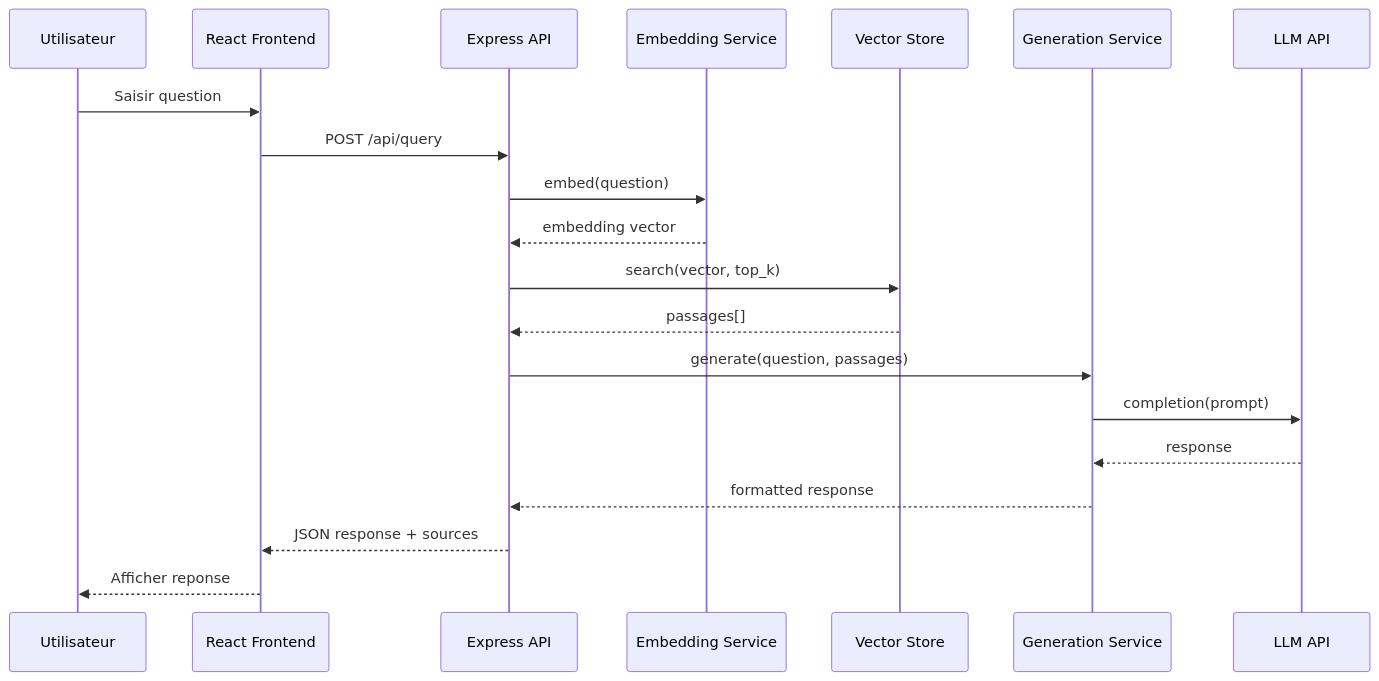
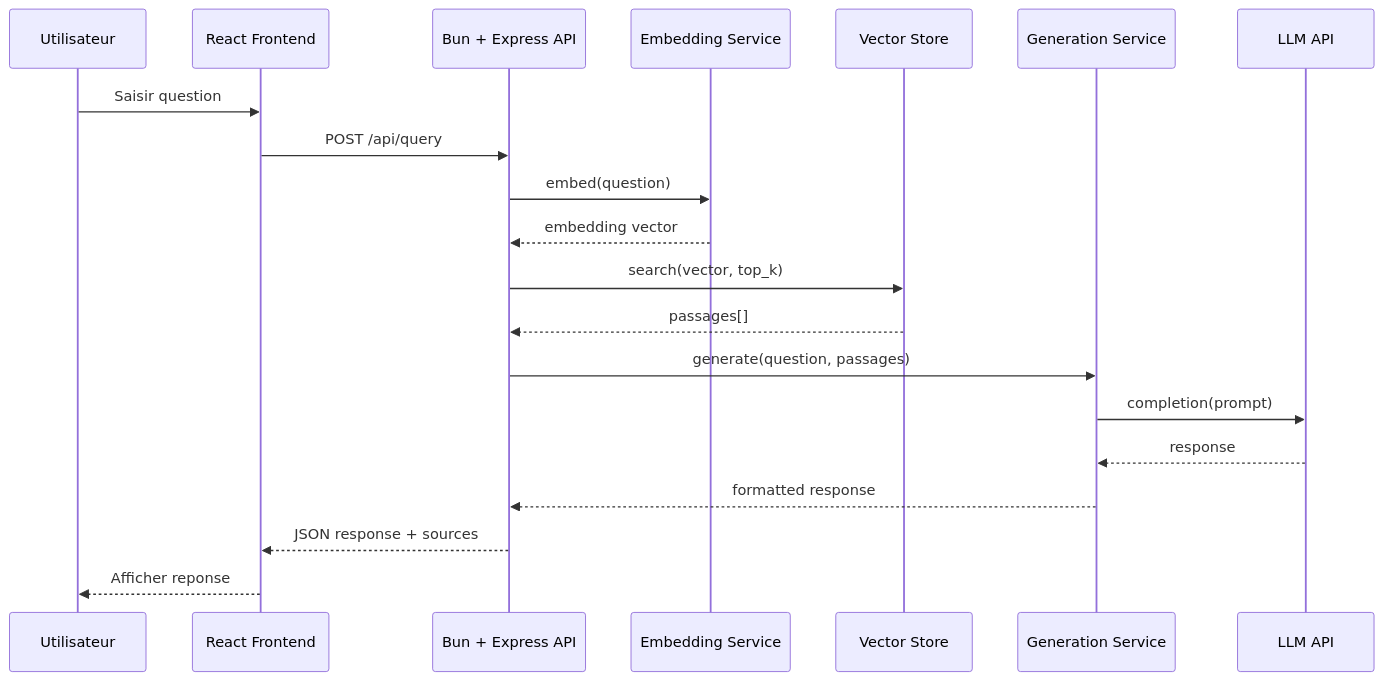
One commit to jlg-formation/gia-janv-2026 changed the second of 2 diagrams in docs/04-decisions-architectures.md. Above: the diagram before and after it, drawn with Mermaid. The commit also changed other lines of this file and 6 other files, not shown here.

````diff
--- a/docs/04-decisions-architectures.md
+++ b/docs/04-decisions-architectures.md
@@ -351,23 +396,23 @@
 ```mermaid
 sequenceDiagram
     participant U as Utilisateur
     participant FE as React Frontend
-    participant API as Express API
+    participant API as Bun + Express API
     participant EMB as Embedding Service
     participant VS as Vector Store
     participant GEN as Generation Service
     participant LLM as LLM API
 
     U->>FE: Saisir question
     FE->>API: POST /api/query
     API->>EMB: embed(question)
     EMB-->>API: embedding vector
     API->>VS: search(vector, top_k)
     VS-->>API: passages[]
     API->>GEN: generate(question, passages)
     GEN->>LLM: completion(prompt)
     LLM-->>GEN: response
     GEN-->>API: formatted response
     API-->>FE: JSON response + sources
     FE-->>U: Afficher reponse
 ```
````
